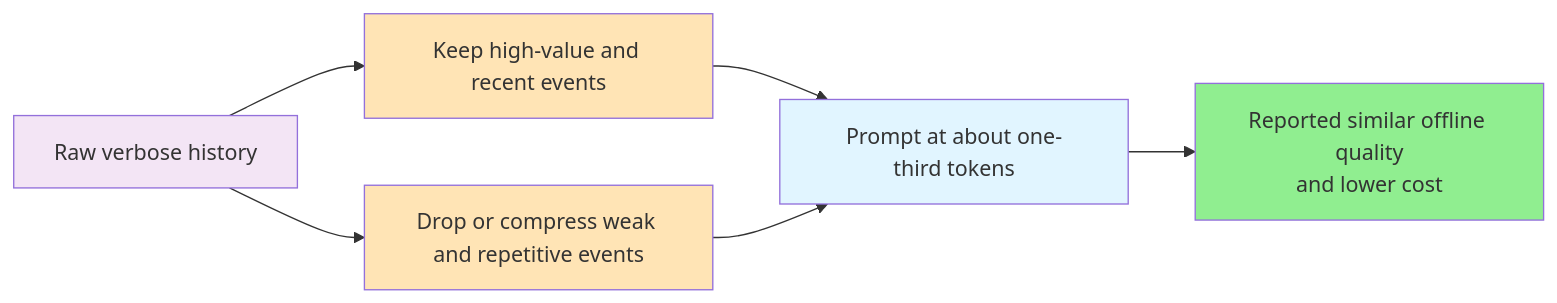
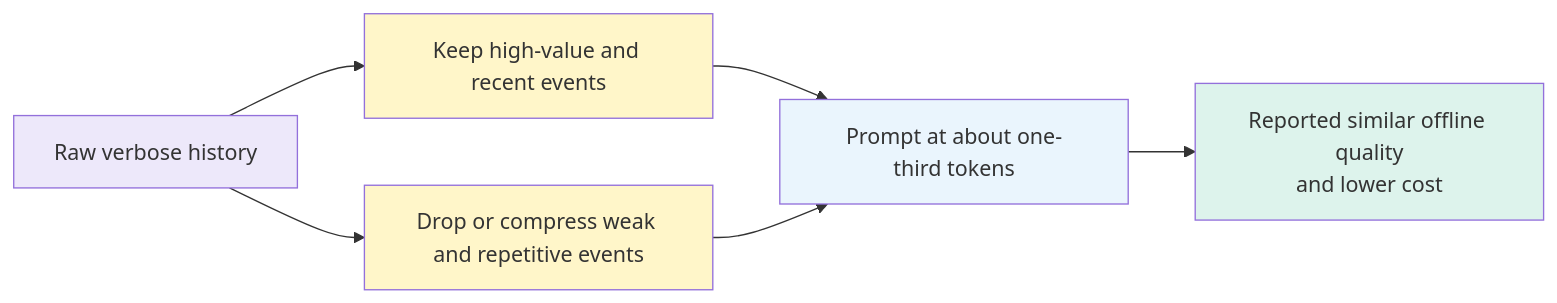
Before and after one commit to cartmancodes/InterviewVault: the second of 4 diagrams in LLD/SystemDesign/IntheWild/HowNetflixBuiltGenRecForLlmNativeRecommendation.md, drawn with Mermaid. The commit also changed other lines of this file and 679 other files, not shown here.

Commit message:
Unify content diagrams and add accessible visual walkthroughs

````diff
--- a/LLD/SystemDesign/IntheWild/HowNetflixBuiltGenRecForLlmNativeRecommendation.md
+++ b/LLD/SystemDesign/IntheWild/HowNetflixBuiltGenRecForLlmNativeRecommendation.md
@@ -105,20 +105,20 @@
 ```mermaid
 graph LR
     R["Raw verbose history"]
     K["Keep high-value and recent events"]
     D["Drop or compress weak and repetitive events"]
     P["Prompt at about one-third tokens"]
     Q["Reported similar offline quality<br/>and lower cost"]
 
     R --> K
     R --> D
     K --> P
     D --> P
     P --> Q
 
-    style R fill:#f3e5f5
-    style K fill:#FFE4B5
-    style D fill:#FFE4B5
-    style P fill:#e1f5ff
-    style Q fill:#90EE90
+    style R fill:#EDE8FA
+    style K fill:#FFF6C9
+    style D fill:#FFF6C9
+    style P fill:#EAF5FD
+    style Q fill:#DDF3EC
 ```
````
